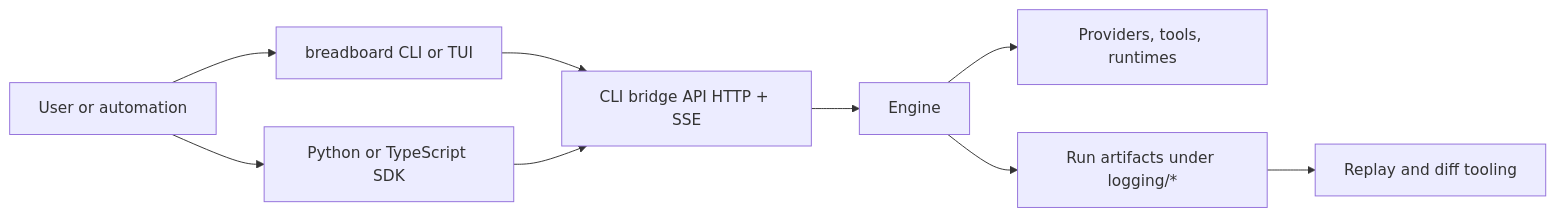
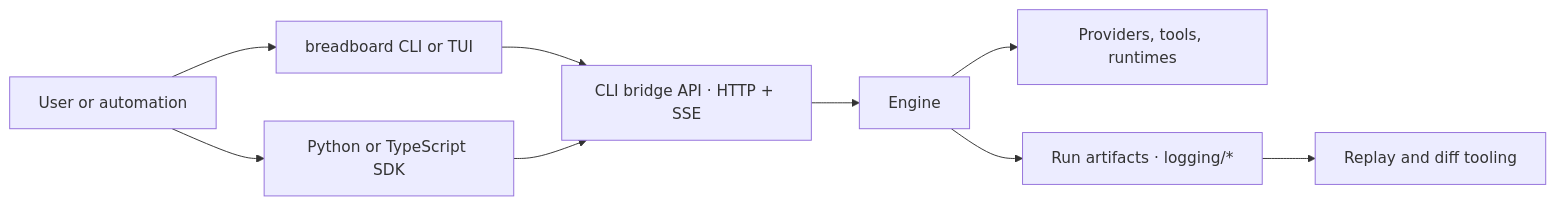
The diagram in README.md (kmccleary3301/breadboard), drawn with Mermaid before and after one commit. The commit also changed other lines of this file and 195 other files, not shown here.

````diff
--- a/README.md
+++ b/README.md
@@ -327,11 +233,11 @@
 ```mermaid
 flowchart LR
   U[User or automation] --> CLI[breadboard CLI or TUI]
   U --> SDK[Python or TypeScript SDK]
-  CLI --> API[CLI bridge API HTTP + SSE]
+  CLI --> API[CLI bridge API · HTTP + SSE]
   SDK --> API
   API --> ENG[Engine]
   ENG --> RT[Providers, tools, runtimes]
-  ENG --> ART[Run artifacts under logging/*]
+  ENG --> ART[Run artifacts · logging/*]
   ART --> REP[Replay and diff tooling]
 ```
````
